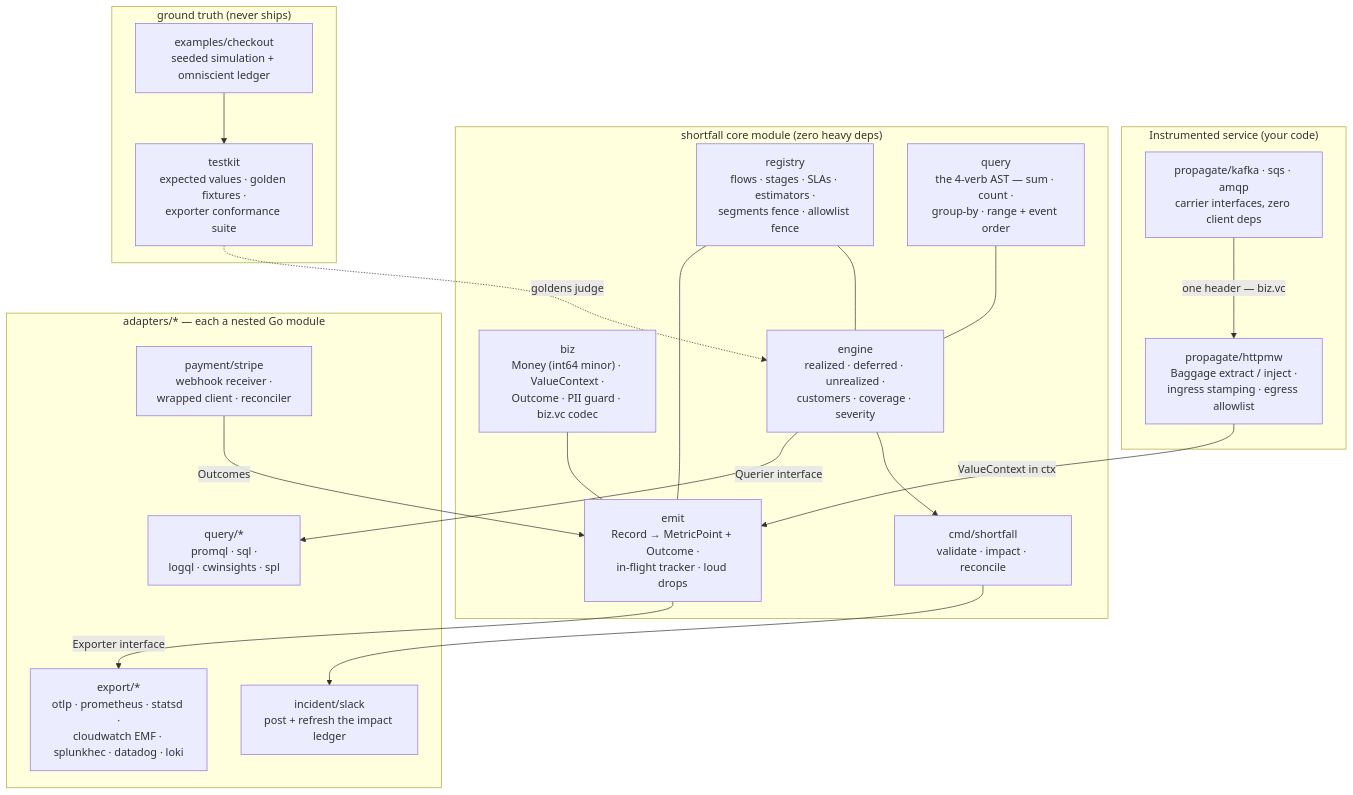
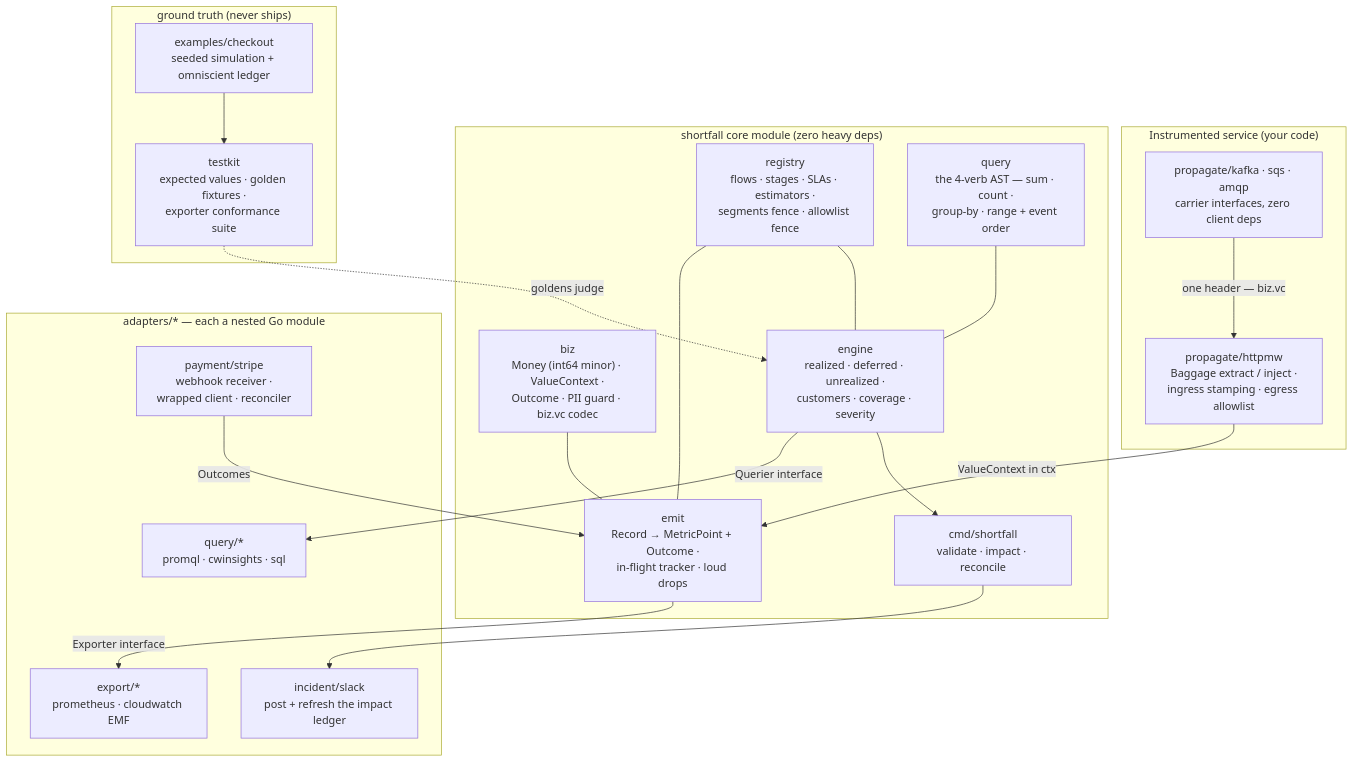
One commit to NightWatchEng/shortfall changed the diagram in docs/architecture/c4-l2-containers.md. Above: the diagram before and after it, drawn with Mermaid. The commit also changed 62 other files, not shown here.

First line of the commit message:
chore: house-clean to two collectors — cloudwatch and prometheus (workspace-cb1) (#79)

````diff
--- a/docs/architecture/c4-l2-containers.md
+++ b/docs/architecture/c4-l2-containers.md
@@ -7,42 +7,42 @@
 ```mermaid
 flowchart TB
     subgraph app["Instrumented service (your code)"]
         MW["propagate/httpmw<br/>Baggage extract / inject ·<br/>ingress stamping · egress allowlist"]
         CARRIERS["propagate/kafka · sqs · amqp<br/>carrier interfaces, zero client deps"]
     end
 
     subgraph core["shortfall core module (zero heavy deps)"]
         BIZ["biz<br/>Money (int64 minor) · ValueContext ·<br/>Outcome · PII guard · biz.vc codec"]
         REG["registry<br/>flows · stages · SLAs · estimators ·<br/>segments fence · allowlist fence"]
         EMIT["emit<br/>Record → MetricPoint + Outcome ·<br/>in-flight tracker · loud drops"]
         QUERY["query<br/>the 4-verb AST — sum · count ·<br/>group-by · range + event order"]
         ENGINE["engine<br/>realized · deferred · unrealized ·<br/>customers · coverage · severity"]
         CLI["cmd/shortfall<br/>validate · impact · reconcile"]
     end
 
     subgraph adapters["adapters/* — each a nested Go module"]
-        EXP["export/*<br/>otlp · prometheus · statsd ·<br/>cloudwatch EMF · splunkhec · datadog · loki"]
-        QAD["query/*<br/>promql · sql ·<br/>logql · cwinsights · spl"]
+        EXP["export/*<br/>prometheus · cloudwatch EMF"]
+        QAD["query/*<br/>promql · cwinsights · sql"]
         PAY["payment/stripe<br/>webhook receiver ·<br/>wrapped client · reconciler"]
         INC["incident/slack<br/>post + refresh the impact ledger"]
     end
 
     subgraph verify["ground truth (never ships)"]
         HARNESS["examples/checkout<br/>seeded simulation + omniscient ledger"]
         TESTKIT["testkit<br/>expected values · golden fixtures ·<br/>exporter conformance suite"]
     end
 
     MW -->|"ValueContext in ctx"| EMIT
     CARRIERS -->|"one header — biz.vc"| MW
     BIZ --- EMIT
     REG --- EMIT
     EMIT -->|"Exporter interface"| EXP
     ENGINE -->|"Querier interface"| QAD
     REG --- ENGINE
     QUERY --- ENGINE
     PAY -->|"Outcomes"| EMIT
     ENGINE --> CLI
     CLI --> INC
     HARNESS --> TESTKIT
     TESTKIT -.->|"goldens judge"| ENGINE
 ```
````
